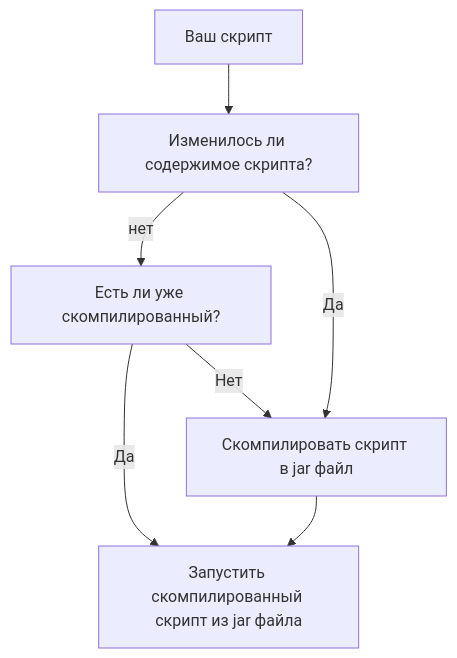
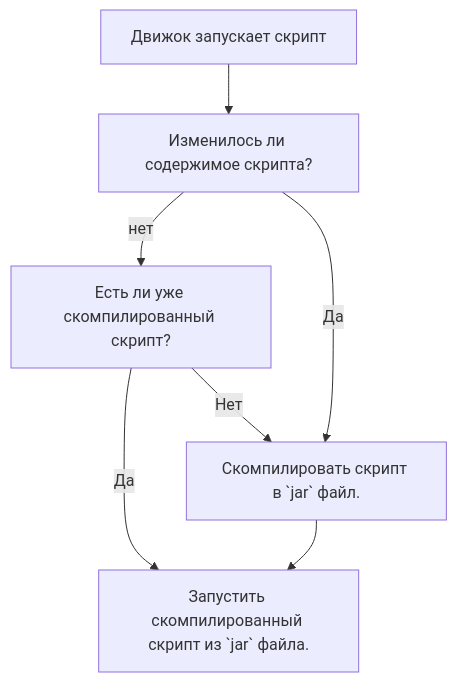
One commit to 0mods/docsweb changed the diagram in docs/1-hollowengine/2-Begin/6-starting.mdx. Above: the diagram before and after it, drawn with Mermaid. The commit also changed other lines of this file and 1 other file, not shown here.

````diff
--- a/docs/1-hollowengine/2-Begin/6-starting.mdx
+++ b/docs/1-hollowengine/2-Begin/6-starting.mdx
@@ -19,15 +20,15 @@
 ```mermaid
 graph TD;
-    Start[Ваш скрипт];
+    Start[Движок запускает скрипт];
     Q1[Изменилось ли содержимое скрипта?];
-    Q2[Есть ли уже скомпилированный?];
-    Comp[Скомпилировать скрипт в jar файл];
-    End[Запустить скомпилированный скрипт из jar файла];
+    Q2[Есть ли уже скомпилированный скрипт?];
+    Comp[Скомпилировать скрипт в `jar` файл.];
+    End[Запустить скомпилированный скрипт из `jar` файла.];
     
     Start-->Q1;
     Q1-->|нет|Q2;
     Q2-->|Нет|Comp;
     Q1-->|Да|Comp;
     Q2-->|Да|End;
     Comp-->End;
 ```  
````
